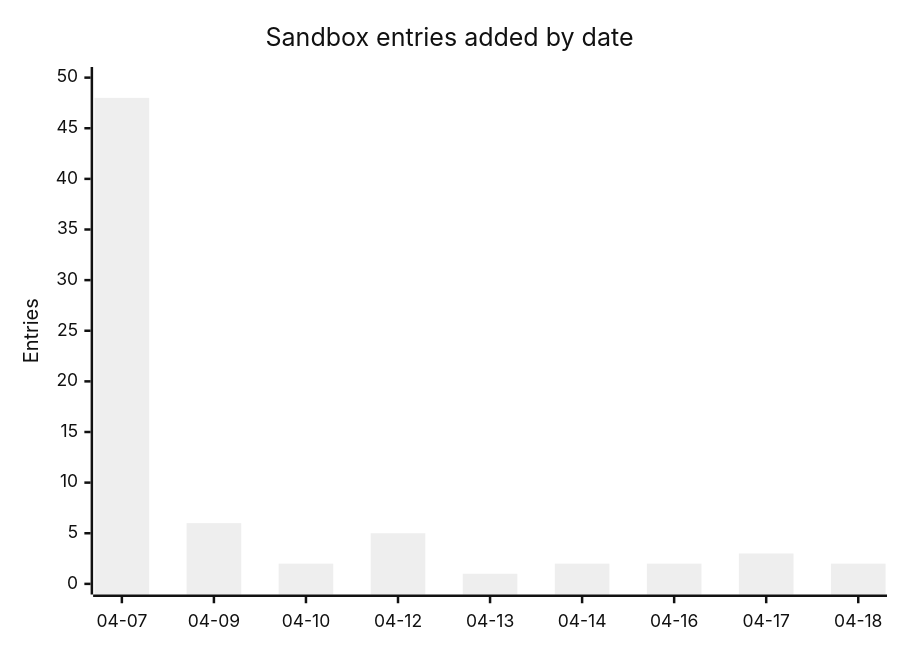
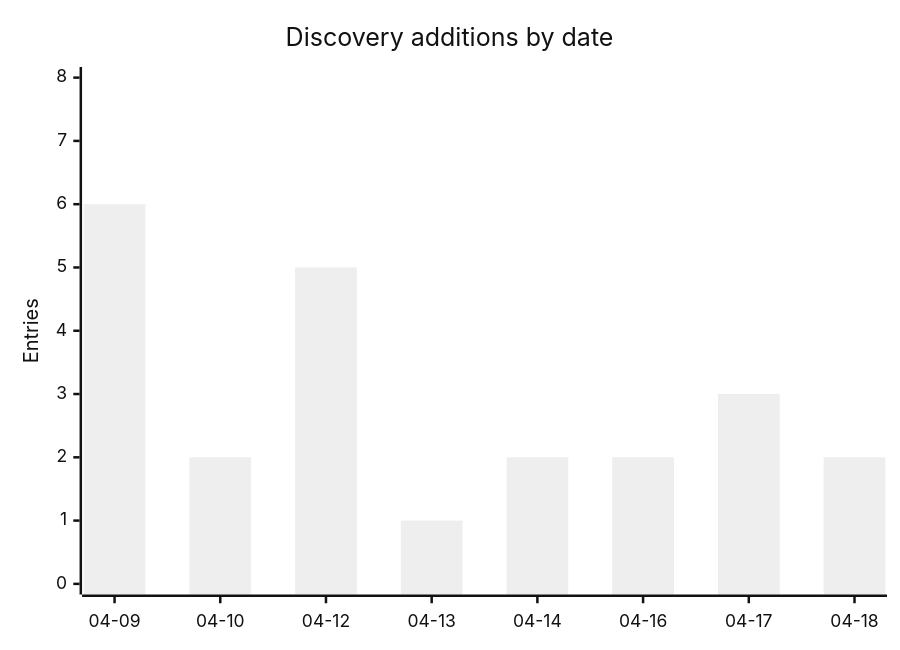
The diagram in README.md (msyvr/awesome-agent-sandboxes), drawn with Mermaid (neutral theme) before and after one commit. The commit also changed other lines of this file and 1 other file, not shown here.

Commit message:
fix additions chart: exclude seed, reverse dropdown, move to top
- Chart now shows only discovery additions (1-6 range) — the initial
  48-entry seed is noted as text above the chart instead of dominating
  the y-axis scale
- Dropdown is reverse-chronological (newest first)
- Section moved from bottom of README to right after the Detailed
  Sandboxes Reference link, before Quick Triage
- TOC updated to match

````diff
--- a/README.md
+++ b/README.md
@@ -478,7 +278,7 @@
 ```mermaid
 xychart-beta
-    title "Sandbox entries added by date"
-    x-axis ["04-07", "04-09", "04-10", "04-12", "04-13", "04-14", "04-16", "04-17", "04-18"]
-    y-axis "Entries" 0 --> 50
-    bar [48, 6, 2, 5, 1, 2, 2, 3, 2]
+    title "Discovery additions by date"
+    x-axis ["04-09", "04-10", "04-12", "04-13", "04-14", "04-16", "04-17", "04-18"]
+    y-axis "Entries" 0 --> 8
+    bar [6, 2, 5, 1, 2, 2, 3, 2]
 ```
````
